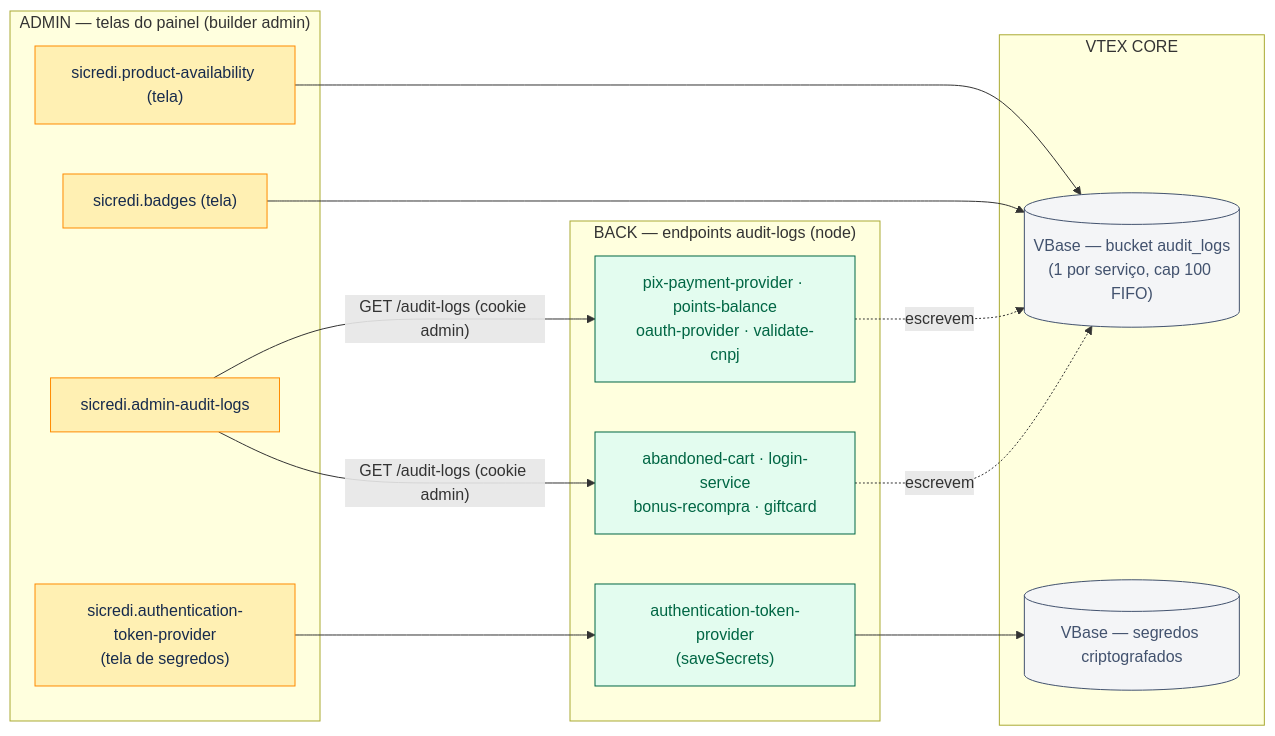
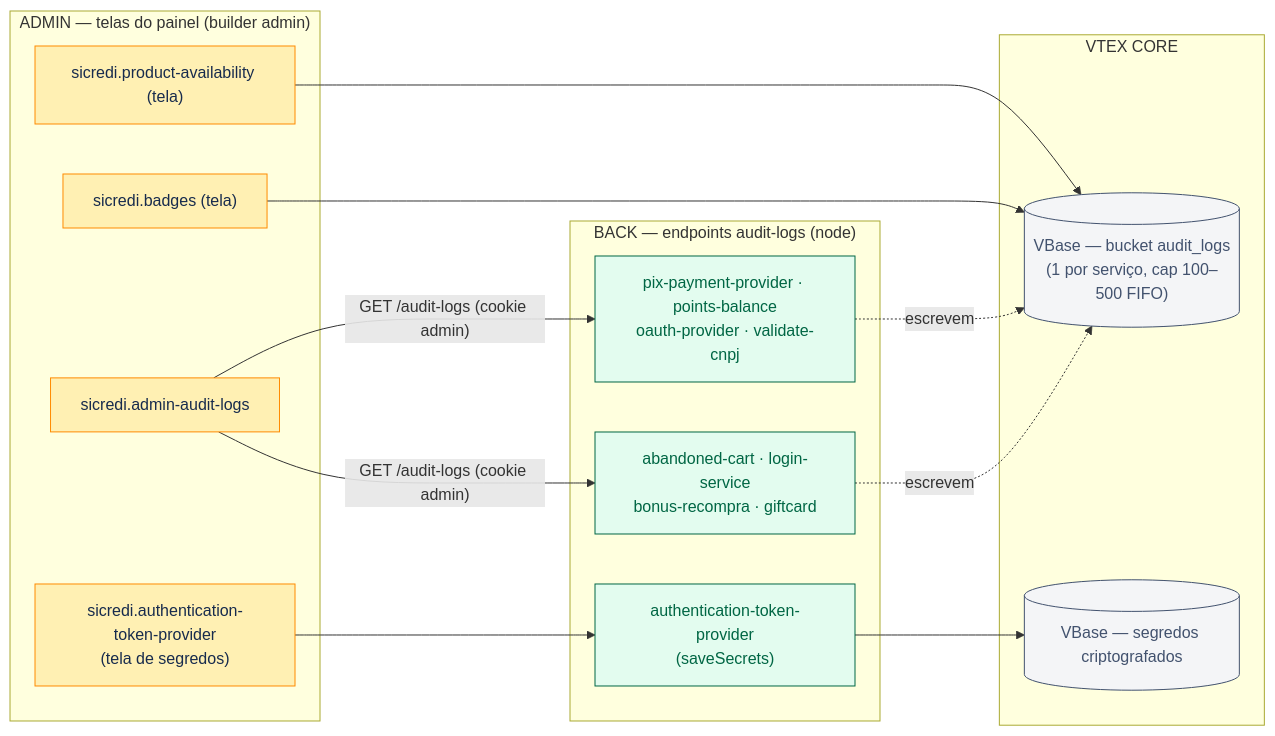
Before and after one commit to Leocadio94/sicredi.documentation: the seventh of 8 diagrams in ONBOARDING-DOMINIOS.md, drawn with Mermaid. The commit also changed other lines of this file and 8 other files, not shown here.

Commit message:
feat: adiciona fluxo da pre-session nos diagramas

````diff
--- a/ONBOARDING-DOMINIOS.md
+++ b/ONBOARDING-DOMINIOS.md
@@ -404,35 +416,35 @@
 ```mermaid
 flowchart LR
   subgraph ADMIN["ADMIN — telas do painel (builder admin)"]
     aal["sicredi.admin-audit-logs"]:::admin
     atp_a["sicredi.authentication-token-provider<br/>(tela de segredos)"]:::admin
     bdg_a["sicredi.badges (tela)"]:::admin
     pa_a["sicredi.product-availability (tela)"]:::admin
   end
 
   subgraph BACK["BACK — endpoints audit-logs (node)"]
     w1["abandoned-cart · login-service<br/>bonus-recompra · giftcard"]:::back
     w2["pix-payment-provider · points-balance<br/>oauth-provider · validate-cnpj"]:::back
     atp_b["authentication-token-provider<br/>(saveSecrets)"]:::back
   end
 
   subgraph VTEXCORE["VTEX CORE"]
-    vbase[("VBase — bucket audit_logs<br/>(1 por serviço, cap 100 FIFO)")]:::storage
+    vbase[("VBase — bucket audit_logs<br/>(1 por serviço, cap 100–500 FIFO)")]:::storage
     vbsec[("VBase — segredos criptografados")]:::storage
   end
 
   aal -->|"GET /audit-logs (cookie admin)"| w1
   aal -->|"GET /audit-logs (cookie admin)"| w2
   atp_a --> atp_b
   atp_b --> vbsec
   w1 -.->|escrevem| vbase
   w2 -.->|escrevem| vbase
   bdg_a --> vbase
   pa_a --> vbase
 
   classDef front fill:#DEEBFF,stroke:#0747A6,color:#0747A6
   classDef back fill:#E3FCEF,stroke:#006644,color:#006644
   classDef admin fill:#FFF0B3,stroke:#FF8B00,color:#172B4D
   classDef storage fill:#F4F5F7,stroke:#42526E,color:#42526E
   classDef external fill:#FFEBE6,stroke:#BF2600,color:#BF2600,stroke-dasharray:5 5
 ```
````
